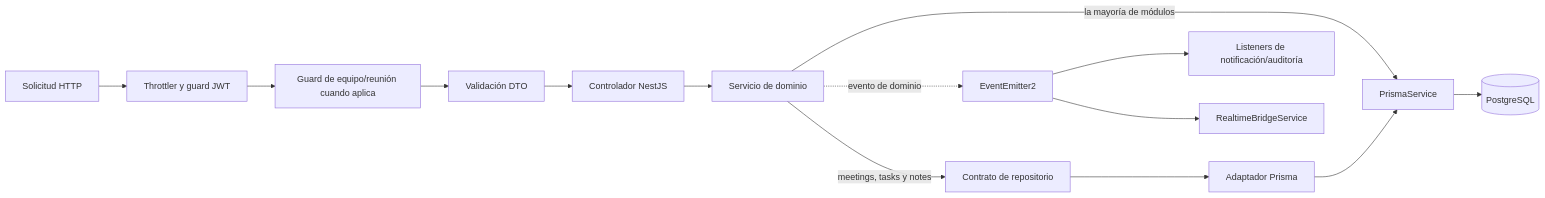
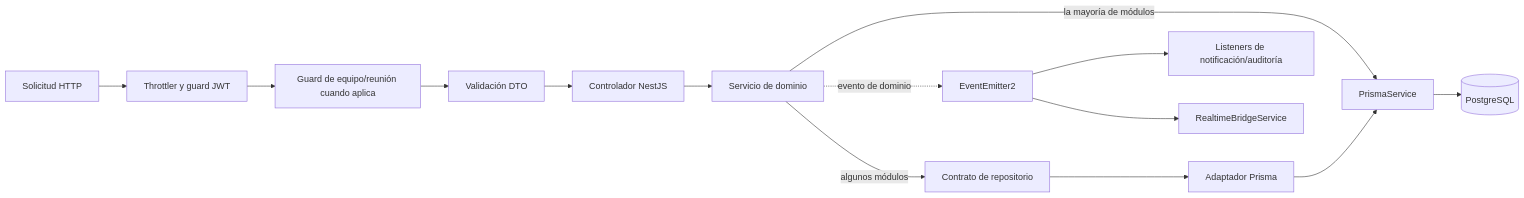
One commit to Walthergl66/meeting-management-system changed the diagram in docs/architecture.md. Above: the diagram before and after it, drawn with Mermaid. The commit also changed other lines of this file and 1 other file, not shown here.

````diff
--- a/docs/architecture.md
+++ b/docs/architecture.md
@@ -25,16 +25,16 @@
 ```mermaid
 flowchart LR
   HTTP[Solicitud HTTP] --> G[Throttler y guard JWT]
   G --> AG[Guard de equipo/reunión cuando aplica]
   AG --> V[Validación DTO]
   V --> C[Controlador NestJS]
   C --> S[Servicio de dominio]
   S -->|la mayoría de módulos| P[PrismaService]
-  S -->|meetings, tasks y notes| R[Contrato de repositorio]
+  S -->|algunos módulos| R[Contrato de repositorio]
   R --> A[Adaptador Prisma]
   A --> P
   P --> DB[(PostgreSQL)]
   S -. evento de dominio .-> E[EventEmitter2]
   E --> L[Listeners de notificación/auditoría]
   E --> RT[RealtimeBridgeService]
 ```
````
